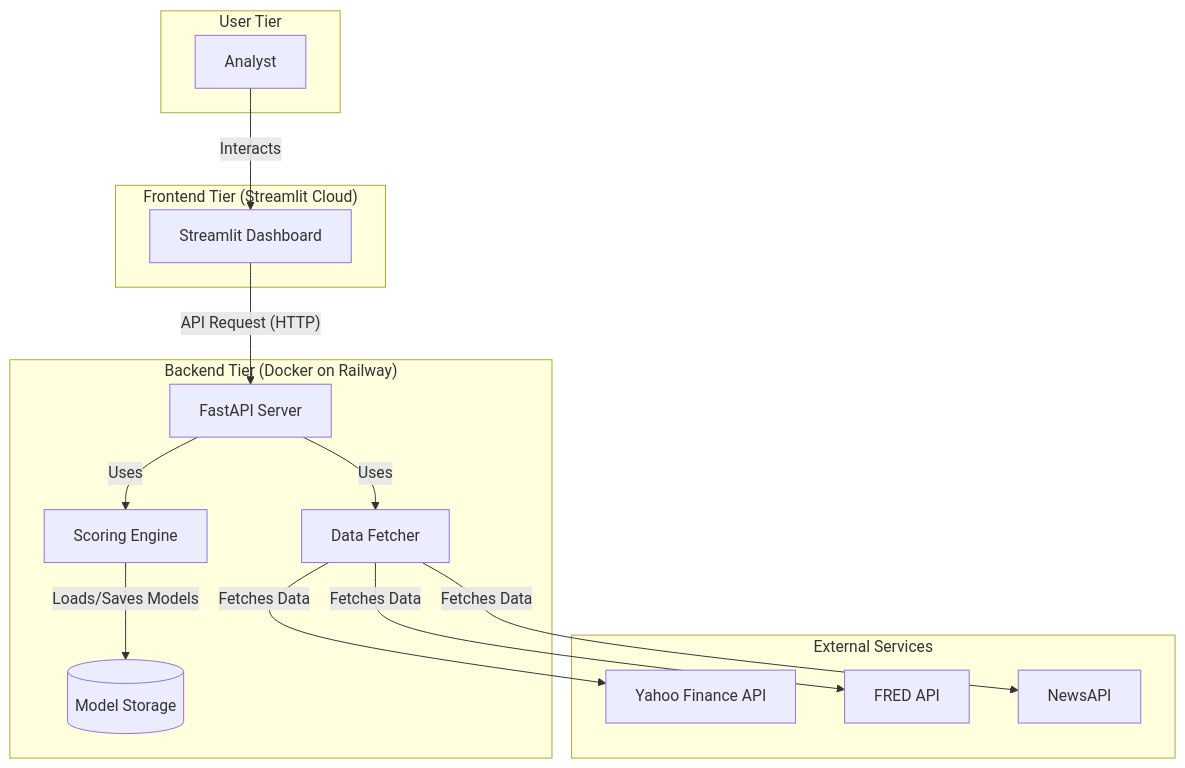
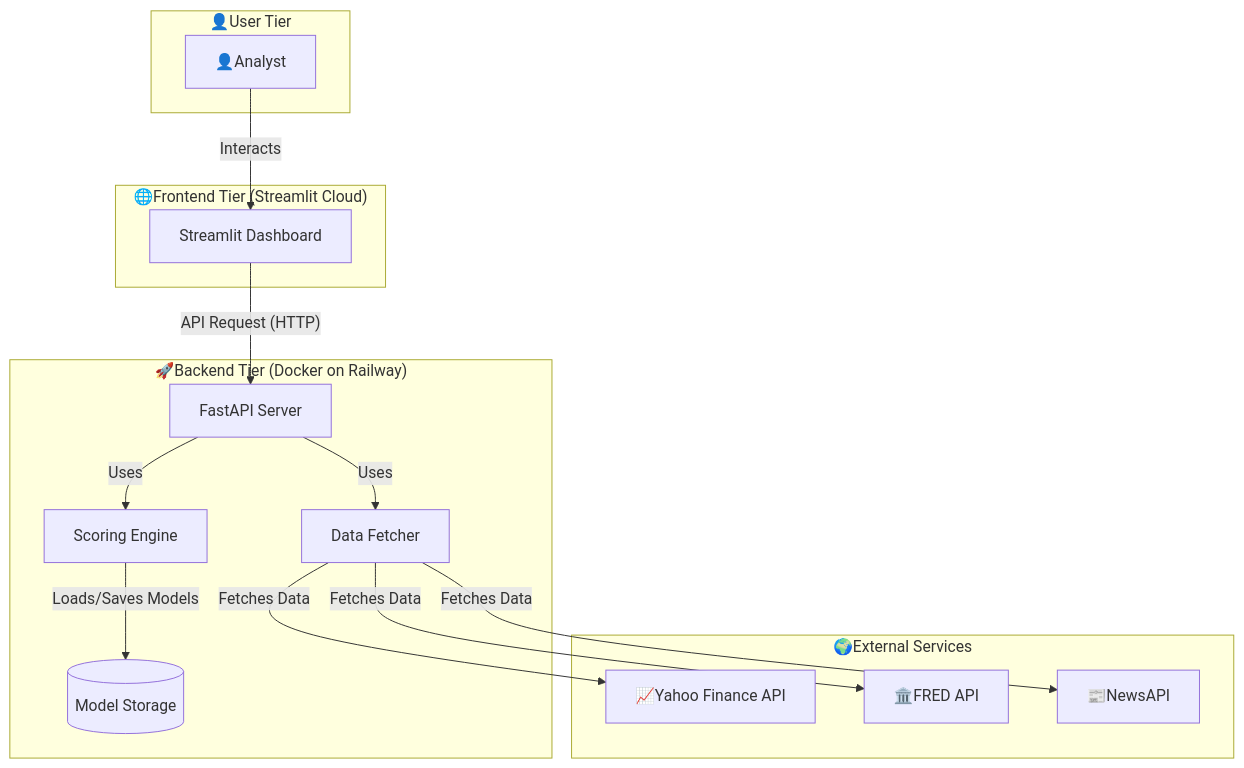
One commit to HarshitKumawat09/Credit-Intelligence-Platform changed the first of 2 diagrams in README.md. Above: the diagram before and after it, drawn with Mermaid.

````diff
--- a/README.md
+++ b/README.md
@@ -74,32 +74,32 @@
 ```mermaid
 graph TD
-    subgraph "User Tier"
-        User[Analyst]
+    subgraph "👤User Tier"
+        User[👤Analyst]
     end
 
-    subgraph "Frontend Tier (Streamlit Cloud)"
+    subgraph "🌐Frontend Tier (Streamlit Cloud)"
         Frontend[Streamlit Dashboard]
     end
 
-    subgraph "Backend Tier (Docker on Railway)"
+    subgraph "🚀Backend Tier (Docker on Railway)"
         BackendAPI[FastAPI Server]
         ScoringEngine[Scoring Engine]
         DataFetcher[Data Fetcher]
         ModelStore[(Model Storage)]
     end
 
-    subgraph "External Services"
-        YFinanceAPI[Yahoo Finance API]
-        FRED_API[FRED API]
-        NewsAPI[NewsAPI]
+    subgraph "🌍External Services"
+        YFinanceAPI[📈Yahoo Finance API]
+        FRED_API[🏛️FRED API]
+        NewsAPI[📰NewsAPI]
     end
 
     User -- "Interacts" --> Frontend
     Frontend -- "API Request (HTTP)" --> BackendAPI
     BackendAPI -- "Uses" --> DataFetcher
     BackendAPI -- "Uses" --> ScoringEngine
     ScoringEngine -- "Loads/Saves Models" --> ModelStore
     DataFetcher -- "Fetches Data" --> YFinanceAPI
     DataFetcher -- "Fetches Data" --> FRED_API
     DataFetcher -- "Fetches Data" --> NewsAPI
 ```
````
